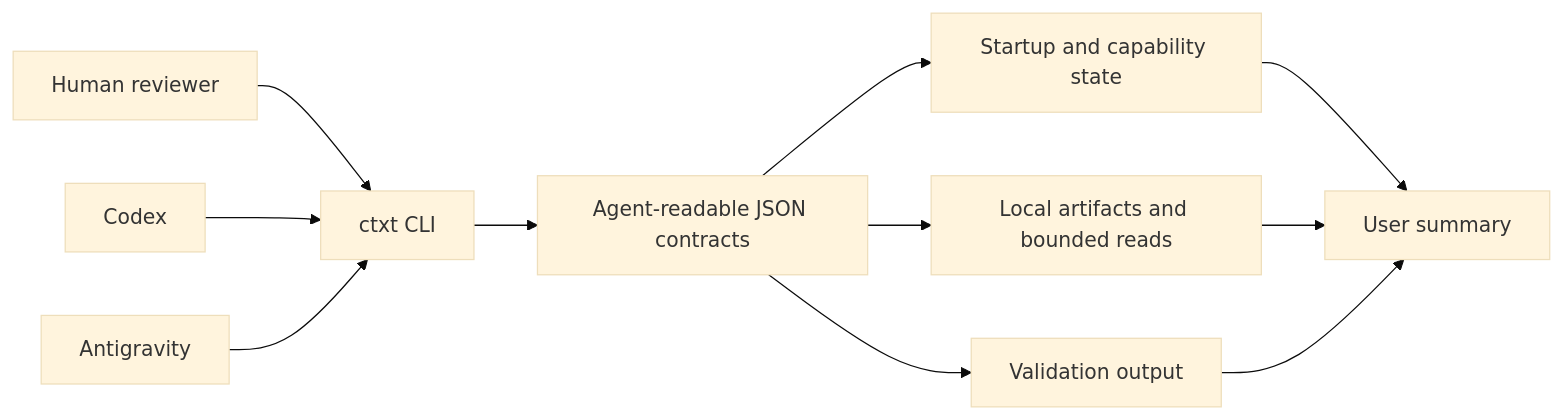
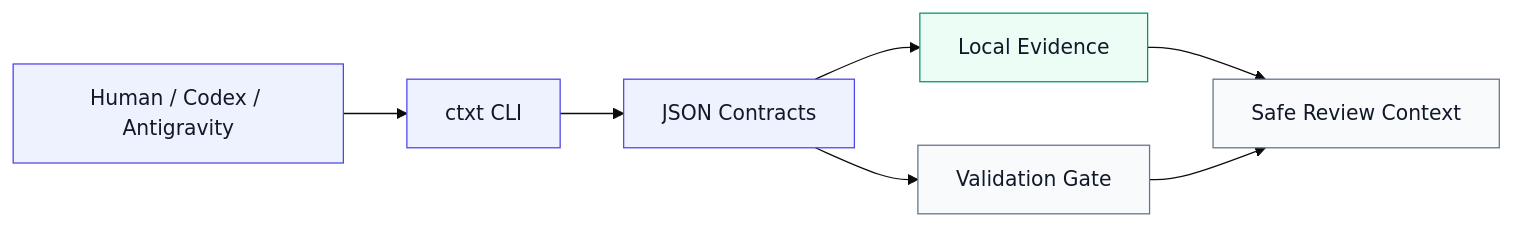
Before and after one commit to ProfRandom92/Comptext-cli: the first of 3 diagrams in README.md, drawn with Mermaid (base theme). The commit also changed other lines of this file, not shown here.

Commit message:
Improve README diagram structure

````diff
--- a/README.md
+++ b/README.md
@@ -161,13 +166,16 @@
 ```mermaid
 flowchart LR
-    human["Human reviewer"] --> cli["ctxt CLI"]
-    codex["Codex"] --> cli
-    antigravity["Antigravity"] --> cli
-    cli --> contracts["Agent-readable JSON contracts"]
-    contracts --> startup["Startup and capability state"]
-    contracts --> evidence["Local artifacts and bounded reads"]
-    contracts --> validation["Validation output"]
-    startup --> summary["User summary"]
-    evidence --> summary
-    validation --> summary
+    users["Human / Codex / Antigravity"] --> cli["ctxt CLI"]
+    cli --> contracts["JSON Contracts"]
+    contracts --> evidence["Local Evidence"]
+    contracts --> validation["Validation Gate"]
+    evidence --> context["Safe Review Context"]
+    validation --> context
+
+    classDef core fill:#eef2ff,stroke:#4f46e5,color:#111827
+    classDef evidence fill:#ecfdf5,stroke:#059669,color:#111827
+    classDef safe fill:#f8fafc,stroke:#64748b,color:#111827
+    class users,cli,contracts core
+    class evidence evidence
+    class validation,context safe
 ```
````
